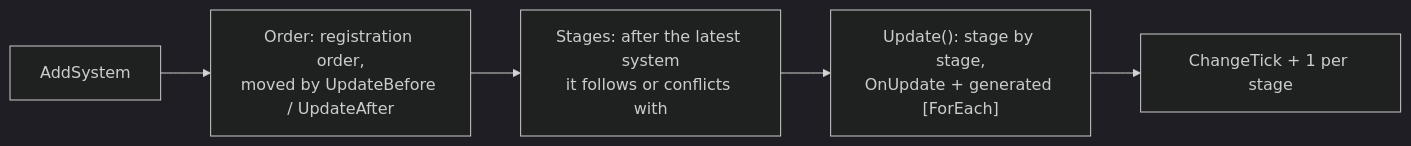
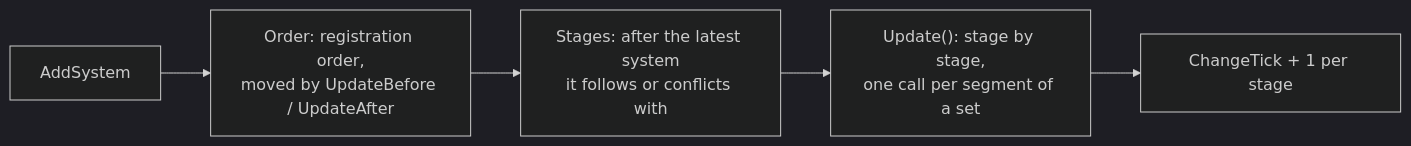
Before and after one commit to JasonXuDeveloper/EasyEcs: the fifth of 6 diagrams in docs/content/architecture.mdx, drawn with Mermaid (dark theme). The commit also changed other lines of this file and 96 other files, not shown here.

````diff
--- a/docs/content/architecture.mdx
+++ b/docs/content/architecture.mdx
@@ -238,7 +238,7 @@
 ```mermaid
 flowchart LR
     Add["AddSystem"] --> Sort["Order: registration order,<br/>moved by UpdateBefore / UpdateAfter"]
     Sort --> Stages["Stages: after the latest system<br/>it follows or conflicts with"]
-    Stages --> Run["Update(): stage by stage,<br/>OnUpdate + generated [ForEach]"]
+    Stages --> Run["Update(): stage by stage,<br/>one call per segment of a set"]
     Run --> Tick["ChangeTick + 1 per stage"]
 ```
````
